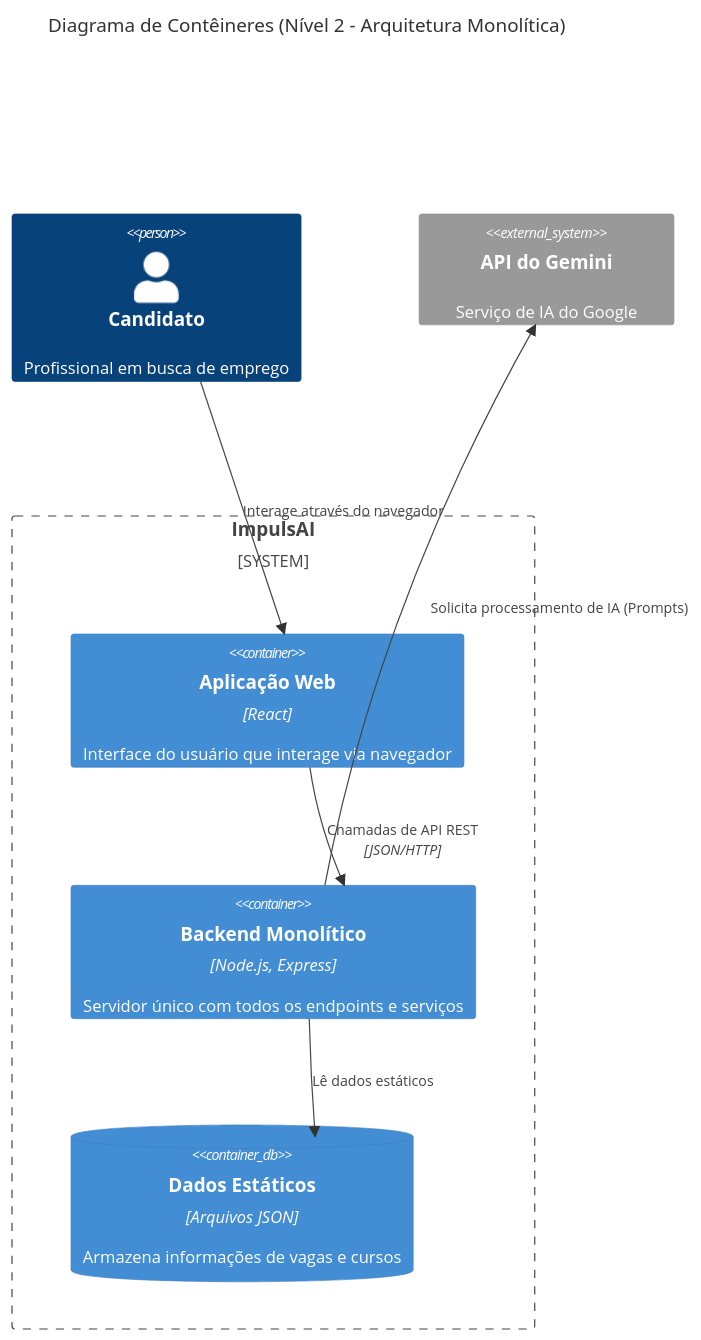
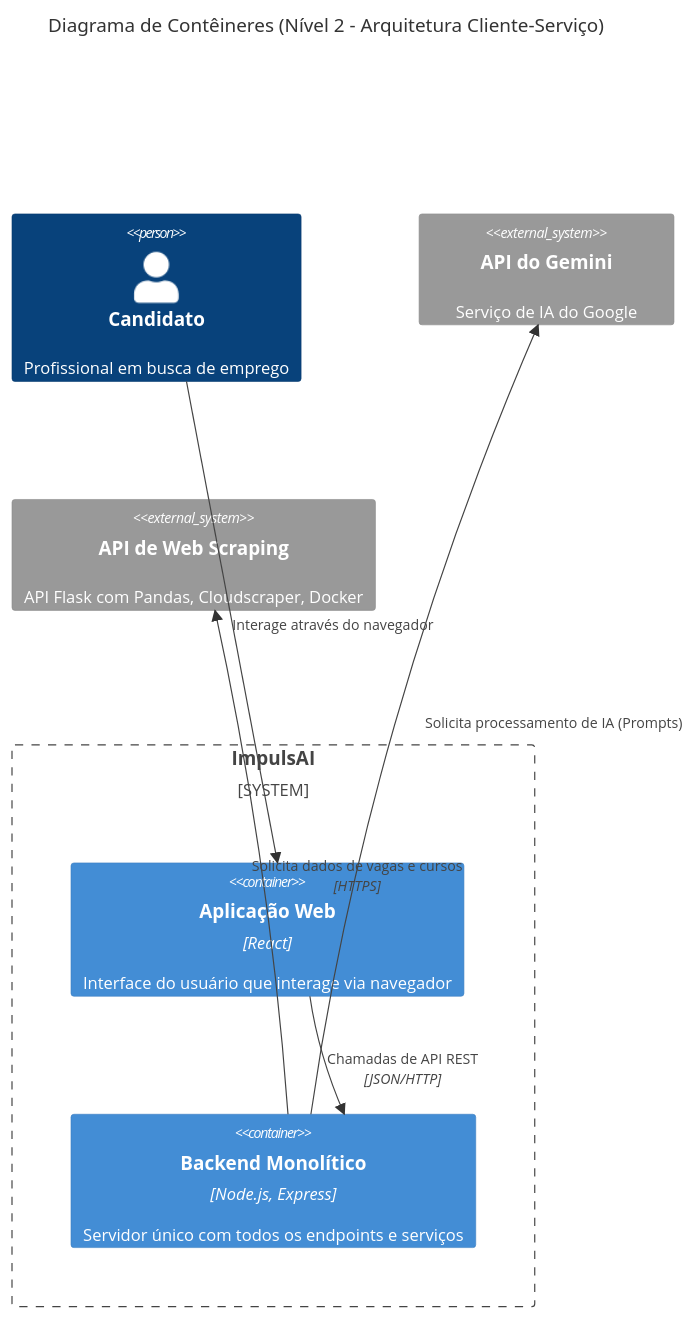
The second of 3 diagrams in docs/diagrams/c4_diagram.md (Rafael-N-Moura/ImpulsAI), drawn with Mermaid before and after one commit. The commit also changed other lines of this file, not shown here.

Commit message:
update diagrama c4 nivel 1 e 2

````diff
--- a/docs/diagrams/c4_diagram.md
+++ b/docs/diagrams/c4_diagram.md
@@ -23,18 +32,18 @@
 ```mermaid
 C4Container
-    title Diagrama de Contêineres (Nível 2 - Arquitetura Monolítica)
+    title Diagrama de Contêineres (Nível 2 - Arquitetura Cliente-Serviço)
     Person(candidate, "Candidato", "Profissional em busca de emprego")
 
     System_Boundary(impulsa_ai, "ImpulsAI") {
         Container(webapp, "Aplicação Web", "React", "Interface do usuário que interage via navegador")
         Container(backend, "Backend Monolítico", "Node.js, Express", "Servidor único com todos os endpoints e serviços")
-        ContainerDb(db_json, "Dados Estáticos", "Arquivos JSON", "Armazena informações de vagas e cursos")
     }
 
     System_Ext(gemini_api, "API do Gemini", "Serviço de IA do Google")
+    System_Ext(web_scraping_api, "API de Web Scraping", "API Flask com Pandas, Cloudscraper, Docker")
 
     Rel(candidate, webapp, "Interage através do navegador")
     Rel(webapp, backend, "Chamadas de API REST", "JSON/HTTP")
-    Rel(backend, db_json, "Lê dados estáticos")
     Rel(backend, gemini_api, "Solicita processamento de IA (Prompts)")
+    Rel(backend, web_scraping_api, "Solicita dados de vagas e cursos", "HTTPS")
 ```
````
